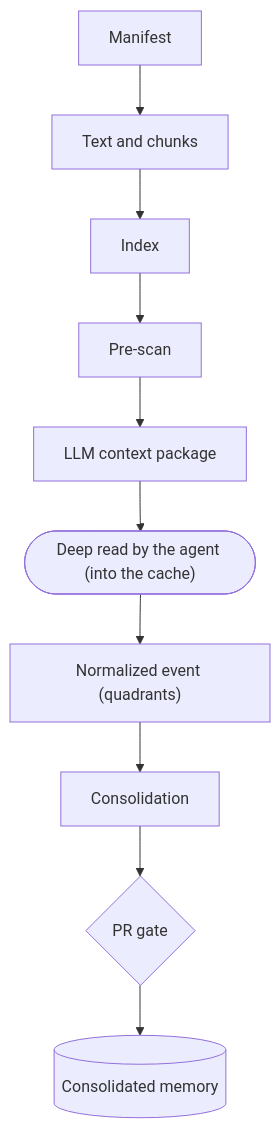
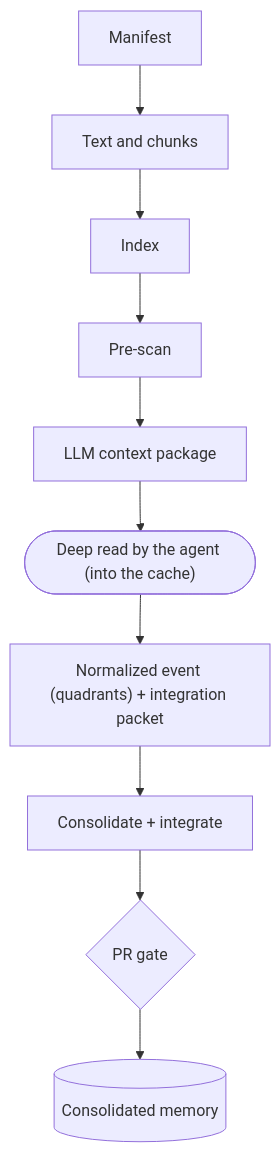
One commit to kimlage/wiki-viva-kit changed the first of 2 diagrams in memories/system/wiki/ingestion-flow.md. Above: the diagram before and after it, drawn with Mermaid. The commit also changed other lines of this file and 23 other files, not shown here.

````diff
--- a/memories/system/wiki/ingestion-flow.md
+++ b/memories/system/wiki/ingestion-flow.md
@@ -43,12 +43,12 @@
 ```mermaid
 flowchart TD
     Manifest["Manifest"] --> Chunks["Text and chunks"]
     Chunks --> Index["Index"]
     Index --> Prescan["Pre-scan"]
     Prescan --> Package["LLM context package"]
     Package --> DeepRead(["Deep read by the agent (into the cache)"])
-    DeepRead --> Event["Normalized event (quadrants)"]
-    Event --> Consolidation["Consolidation"]
-    Consolidation --> PR{"PR gate"}
+    DeepRead --> Event["Normalized event (quadrants) + integration packet"]
+    Event --> Integrate["Consolidate + integrate"]
+    Integrate --> PR{"PR gate"}
     PR --> Memory[("Consolidated memory")]
 ```
````
